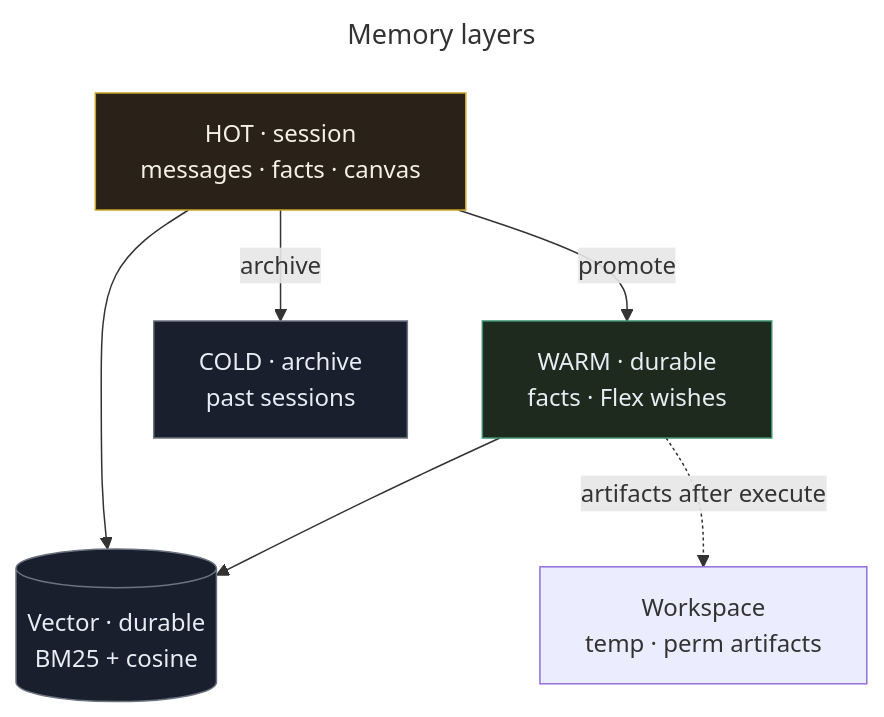
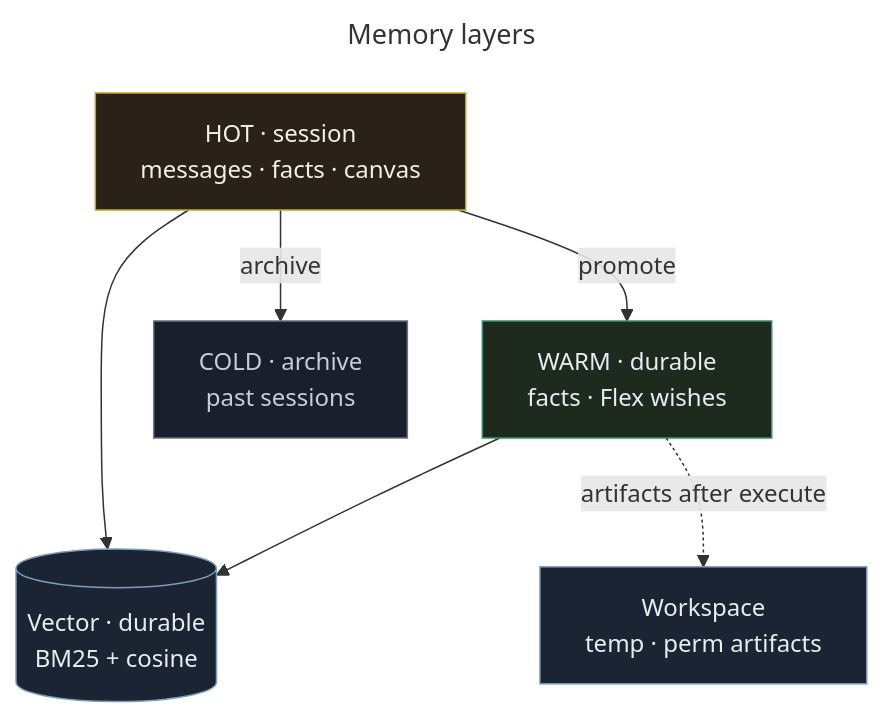
One commit to landjunge/gnom-hub-v1 changed the fourth of 4 diagrams in README.md. Above: the diagram before and after it, drawn with Mermaid. The commit also changed other lines of this file and 3 other files, not shown here.

First line of the commit message:
docs: deepen Mermaid styling classes (shared palette)

````diff
--- a/README.md
+++ b/README.md
@@ -299,23 +309,21 @@
 ```mermaid
 ---
 title: Memory layers
 ---
 flowchart TB
-  HOT["HOT · session<br/>messages · facts · canvas"]
-  WARM["WARM · durable<br/>facts · Flex wishes"]
-  COLD["COLD · archive<br/>past sessions"]
-  VEC[("Vector · durable<br/>BM25 + cosine")]
-  WORK["Workspace<br/>temp · perm artifacts"]
+  HOT["HOT · session<br/>messages · facts · canvas"]:::hot
+  WARM["WARM · durable<br/>facts · Flex wishes"]:::warm
+  COLD["COLD · archive<br/>past sessions"]:::cold
+  VEC[("Vector · durable<br/>BM25 + cosine")]:::store
+  WORK["Workspace<br/>temp · perm artifacts"]:::store
 
   HOT -->|"promote"| WARM
   HOT -->|"archive"| COLD
   HOT & WARM --> VEC
   WARM -.->|"artifacts after execute"| WORK
 
-  classDef hot fill:#2a2218,stroke:#c9a227,color:#f5f0e6
-  classDef warm fill:#1e2a1e,stroke:#3a8f6e,color:#e6edf3
-  classDef cold fill:#1a1f2e,stroke:#6b7280,color:#e6edf3
-  class HOT hot
-  class WARM warm
-  class COLD,VEC cold
+  classDef hot fill:#2a2218,stroke:#c9a227,color:#f5f0e6,stroke-width:1px
+  classDef warm fill:#1e2a1e,stroke:#3a8f6e,color:#e6edf3,stroke-width:1px
+  classDef cold fill:#1a1f2e,stroke:#6b7280,color:#c9cdd4,stroke-width:1px
+  classDef store fill:#1a2433,stroke:#7c9cbf,color:#e6edf3,stroke-width:1px
 ```
````
